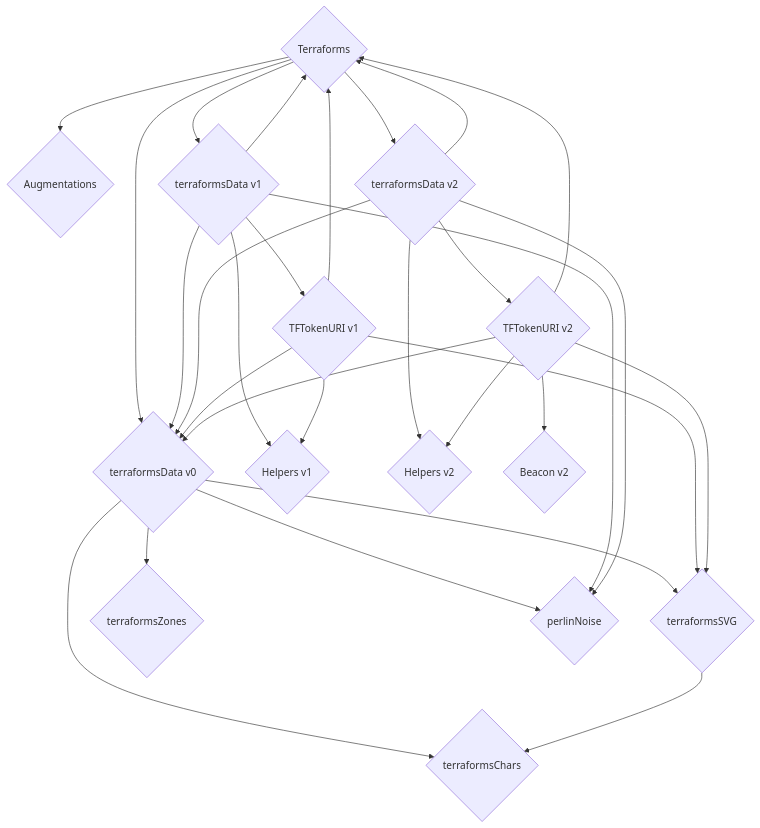
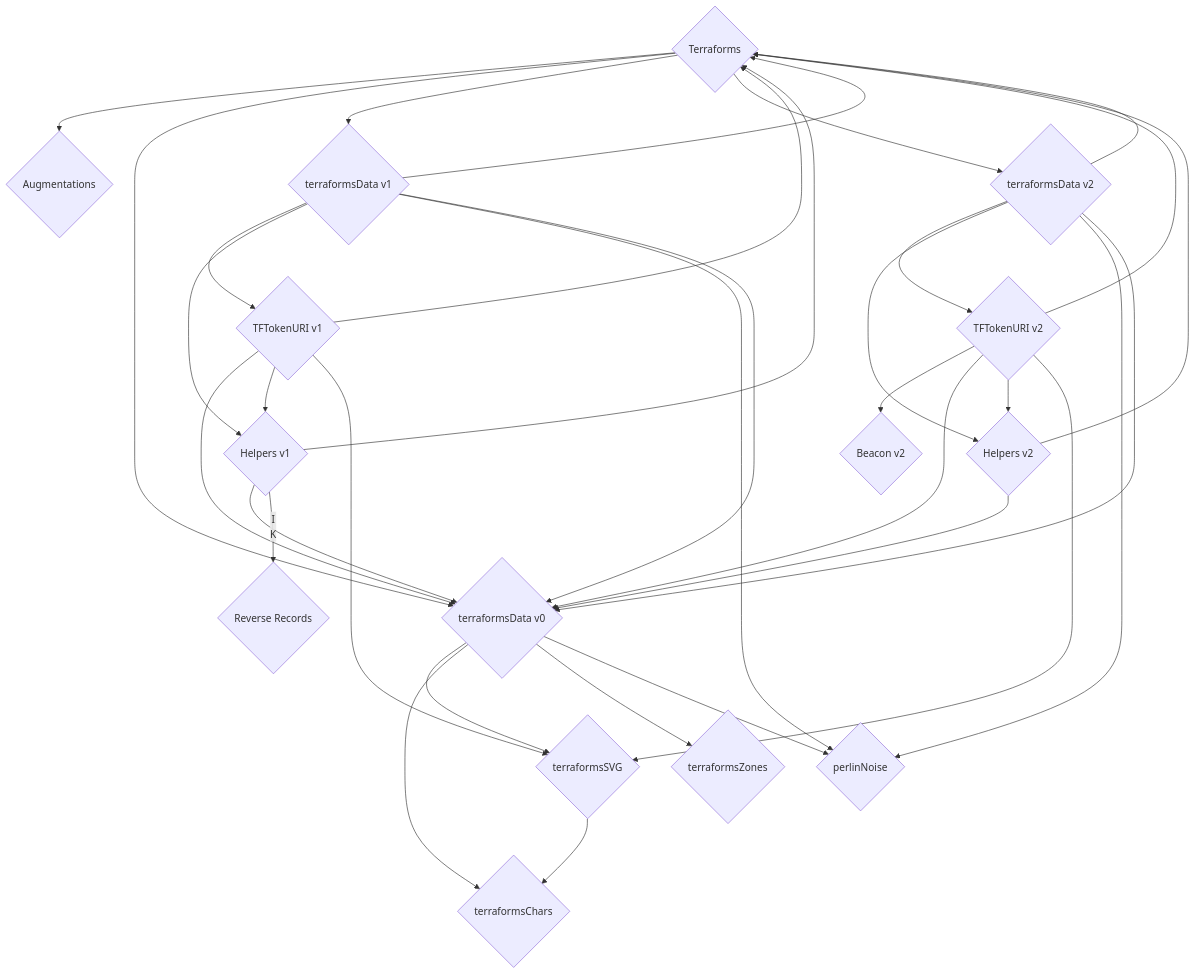
One commit to thebadcc/terraform-docs changed the first of 2 diagrams in contracts/Terraforms.md. Above: the diagram before and after it, drawn with Mermaid.

````diff
--- a/contracts/Terraforms.md
+++ b/contracts/Terraforms.md
@@ -20,32 +20,37 @@
 ```mermaid
 graph TD
     A{Terraforms} --> B{Augmentations}
     A --> C{terraformsData v0}
     A --> D{terraformsData v1}
     A --> E{terraformsData v2}
     C --> F{terraformsSVG}
     C --> G{terraformsChars}
     C --> H{terraformsZones}
     C --> I{perlinNoise}
     D --> J{TFTokenURI v1}
     D --> K{Helpers v1}
     E --> L{TFTokenURI v2}
     E --> M{Helpers v2}
     F --> G
     L --> N{Beacon v2}
     D --> A
     D --> I
     D --> C
     E --> A
     E --> I
     E --> C
     J --> C
     J --> A
     J --> K
     J --> F
     L --> C
     L --> A
     L --> M
     L --> F
-
+    K --> A
+    K --> C
+    K -- I
+    K --> O{Reverse Records}
+    M --> A
+    M --> C
 ```
````
